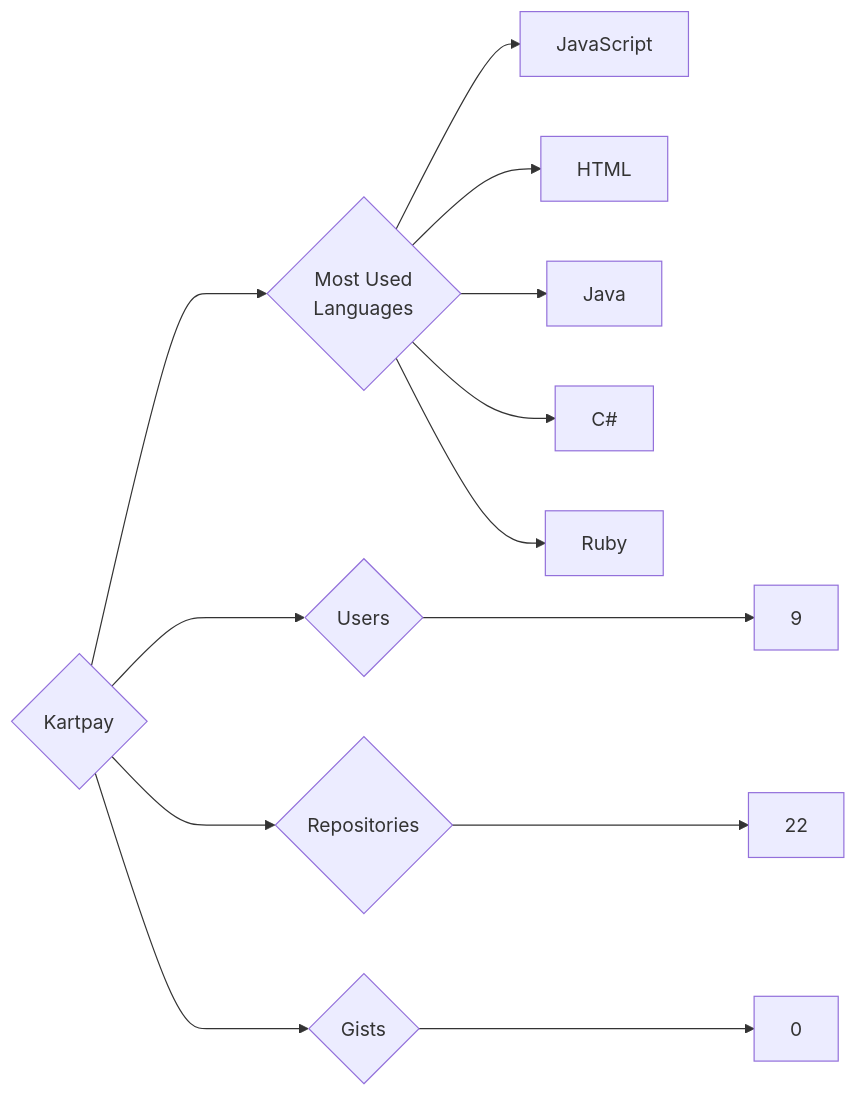
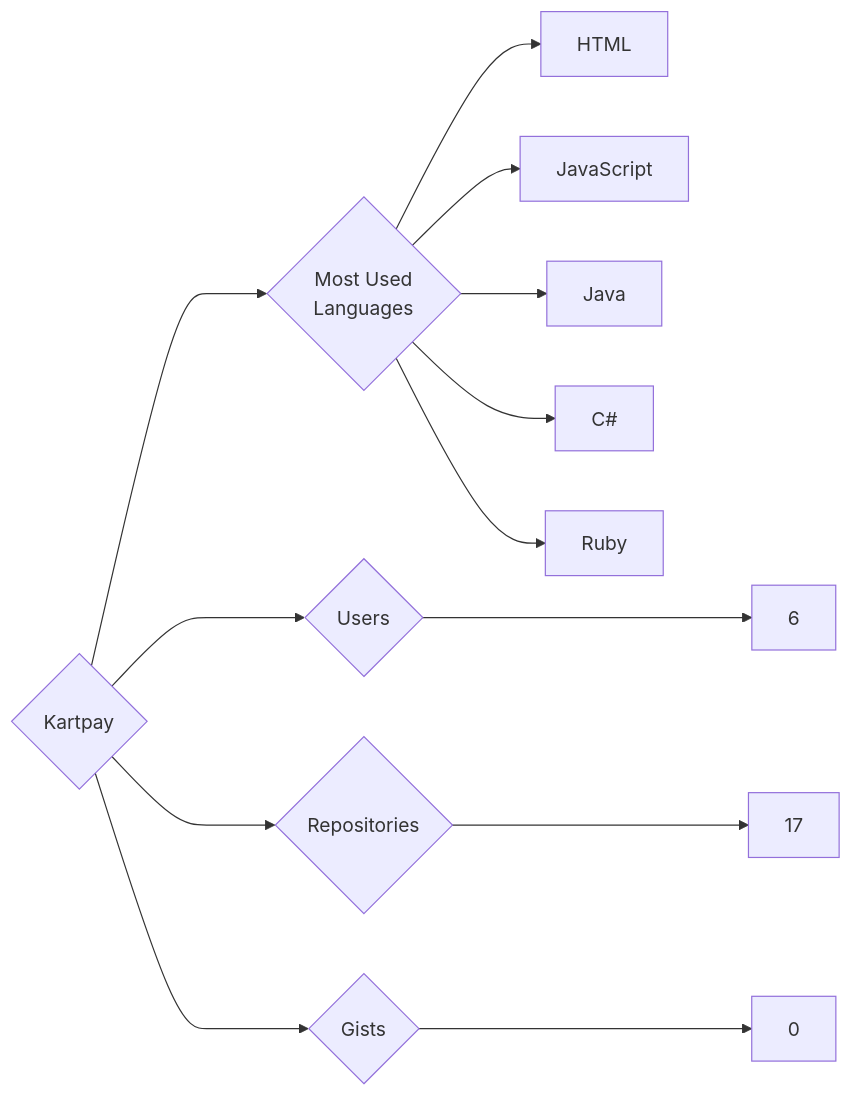
One commit to trickest/insiders changed the diagram in targets/Kartpay/README.md. Above: the diagram before and after it, drawn with Mermaid. The commit also changed 1496 other files, not shown here.

````diff
--- a/targets/Kartpay/README.md
+++ b/targets/Kartpay/README.md
@@ -3,13 +3,13 @@
 ```mermaid
 graph LR
 COMPANY_NAME{Kartpay}
-COMPANY_NAME ---> U{Users} ---> UN[9]
-COMPANY_NAME ---> R{Repositories} ---> RN[22]
+COMPANY_NAME ---> U{Users} ---> UN[6]
+COMPANY_NAME ---> R{Repositories} ---> RN[17]
 COMPANY_NAME ---> G{Gists} ---> GN[0]
 COMPANY_NAME ---> ML{Most Used<br>Languages}
+ML --> HTML[HTML]
 ML --> JavaScript[JavaScript]
-ML --> HTML[HTML]
 ML --> Java[Java]
 ML --> C#[C#]
 ML --> Ruby[Ruby]
 ```
````
